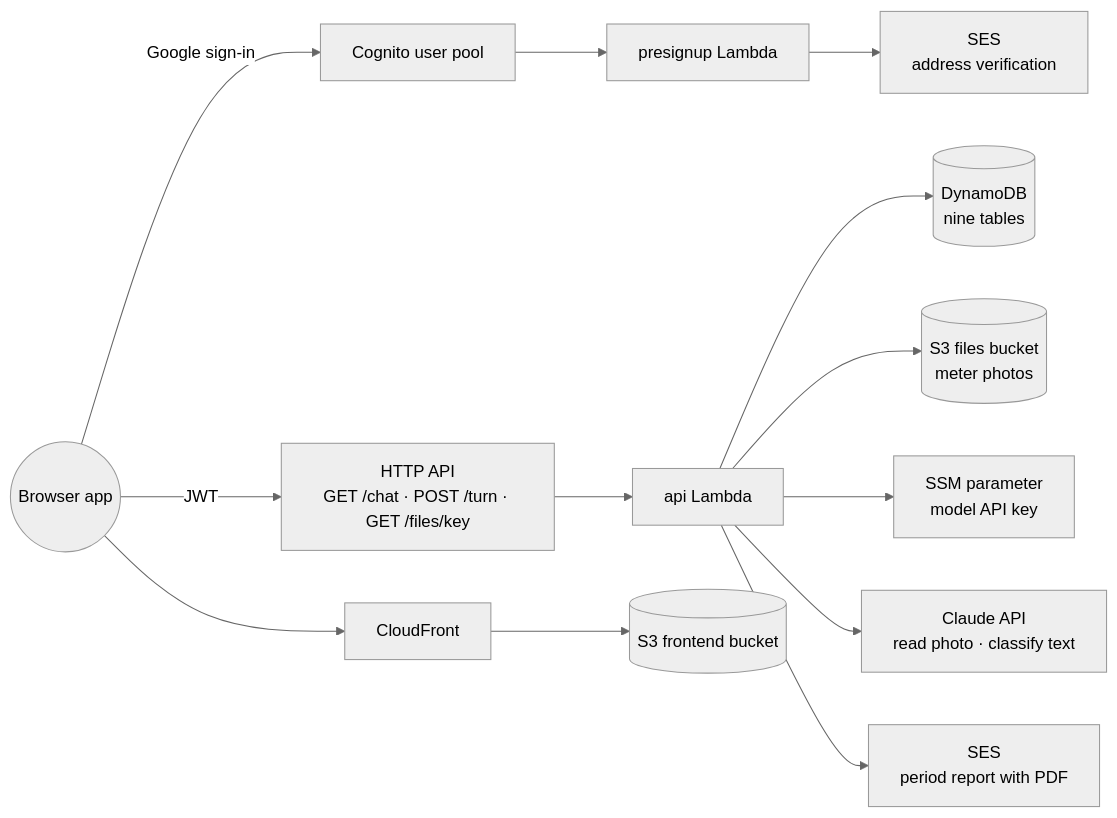
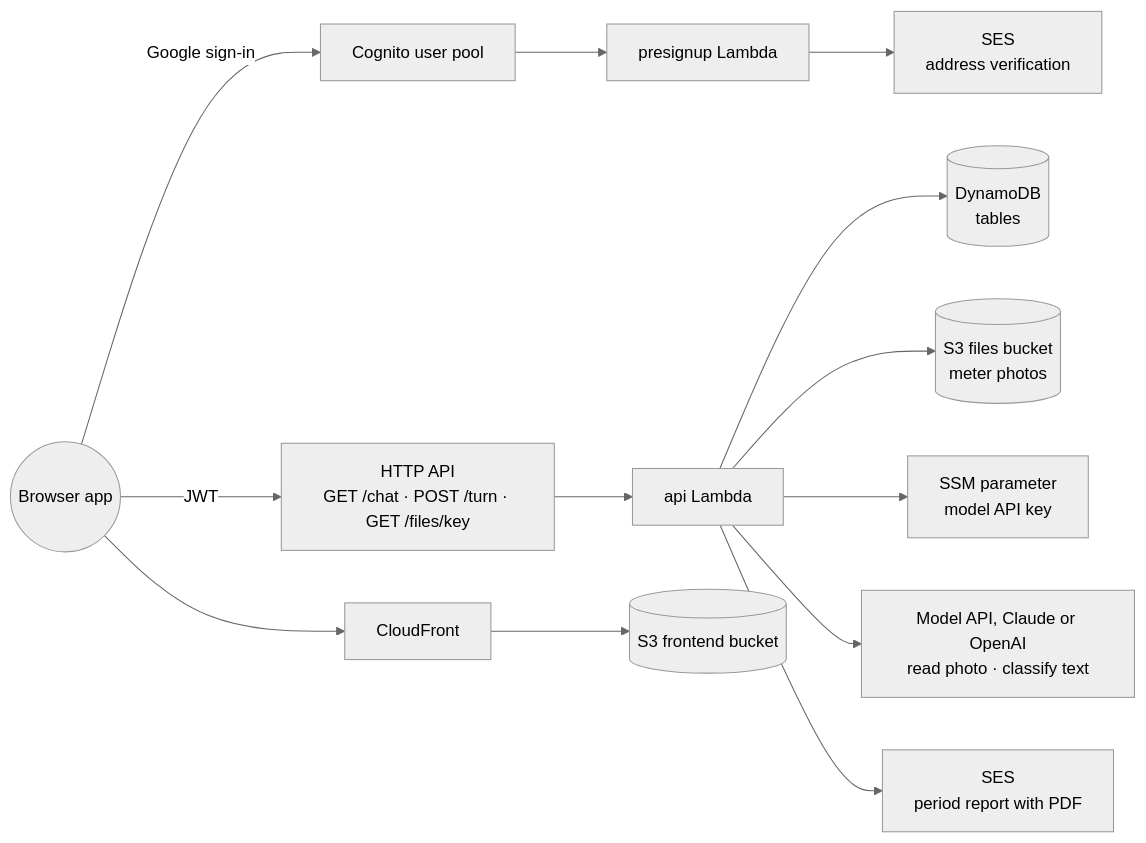
The diagram in docs/architecture.md (erancha/meters-tracker), drawn with Mermaid (neutral theme) before and after one commit. The commit also changed other lines of this file and 8 other files, not shown here.

````diff
--- a/docs/architecture.md
+++ b/docs/architecture.md
@@ -11,15 +27,15 @@
 ```mermaid
 graph LR
     C((Browser app)) -->|Google sign-in| COG[Cognito user pool]
     COG --> PRE[presignup Lambda]
-    PRE --> SES[SES<br/>address verification]
-    C -->|JWT| API[HTTP API<br/>GET /chat · POST /turn · GET /files/key]
+    PRE --> SES["SES<br/>address verification"]
+    C -->|JWT| API["HTTP API<br/>GET /chat · POST /turn · GET /files/key"]
     API --> L[api Lambda]
-    L --> DB[(DynamoDB<br/>nine tables)]
-    L --> S3[(S3 files bucket<br/>meter photos)]
-    L --> SSM[SSM parameter<br/>model API key]
-    L --> CL[Claude API<br/>read photo · classify text]
-    L --> SES2[SES<br/>period report with PDF]
+    L --> DB[("DynamoDB<br/>tables")]
+    L --> S3[("S3 files bucket<br/>meter photos")]
+    L --> SSM["SSM parameter<br/>model API key"]
+    L --> CL["Model API, Claude or OpenAI<br/>read photo · classify text"]
+    L --> SES2["SES<br/>period report with PDF"]
     CF[CloudFront] --> FB[(S3 frontend bucket)]
     C --> CF
 ```
````
